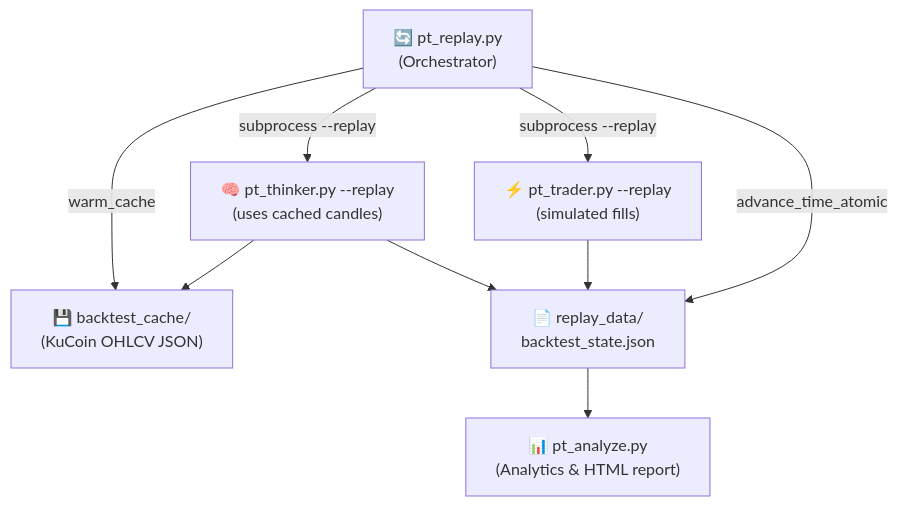
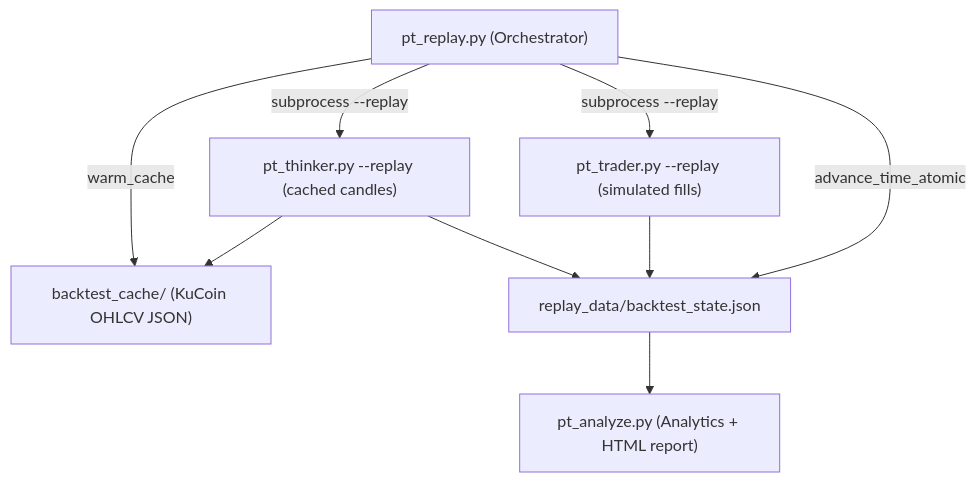
Before and after one commit to JackSmack1971/power-trader-ai: the second of 2 diagrams in README.md, drawn with Mermaid. The commit also changed other lines of this file, not shown here.

First line of the commit message:
Fix Mermaid diagrams: replace \n with flat labels for GitHub rendering

````diff
--- a/README.md
+++ b/README.md
@@ -84,18 +84,18 @@
 ```mermaid
 graph TD
-    REPLAY["🔄 pt_replay.py\n(Orchestrator)"]
-    CACHE["💾 backtest_cache/\n(KuCoin OHLCV JSON)"]
-    THINKER_R["🧠 pt_thinker.py --replay\n(uses cached candles)"]
-    TRADER_R["⚡ pt_trader.py --replay\n(simulated fills)"]
-    STATE["📄 replay_data/\nbacktest_state.json"]
-    ANALYZE["📊 pt_analyze.py\n(Analytics & HTML report)"]
+    REPLAY["pt_replay.py (Orchestrator)"]
+    CACHE["backtest_cache/ (KuCoin OHLCV JSON)"]
+    THINKER_R["pt_thinker.py --replay (cached candles)"]
+    TRADER_R["pt_trader.py --replay (simulated fills)"]
+    STATE["replay_data/backtest_state.json"]
+    ANALYZE["pt_analyze.py (Analytics + HTML report)"]
 
     REPLAY -->|warm_cache| CACHE
-    REPLAY -->|"subprocess --replay"| THINKER_R
-    REPLAY -->|"subprocess --replay"| TRADER_R
+    REPLAY -->|subprocess --replay| THINKER_R
+    REPLAY -->|subprocess --replay| TRADER_R
     REPLAY -->|advance_time_atomic| STATE
     THINKER_R --> CACHE
     THINKER_R --> STATE
     TRADER_R --> STATE
     STATE --> ANALYZE
 ```
````
